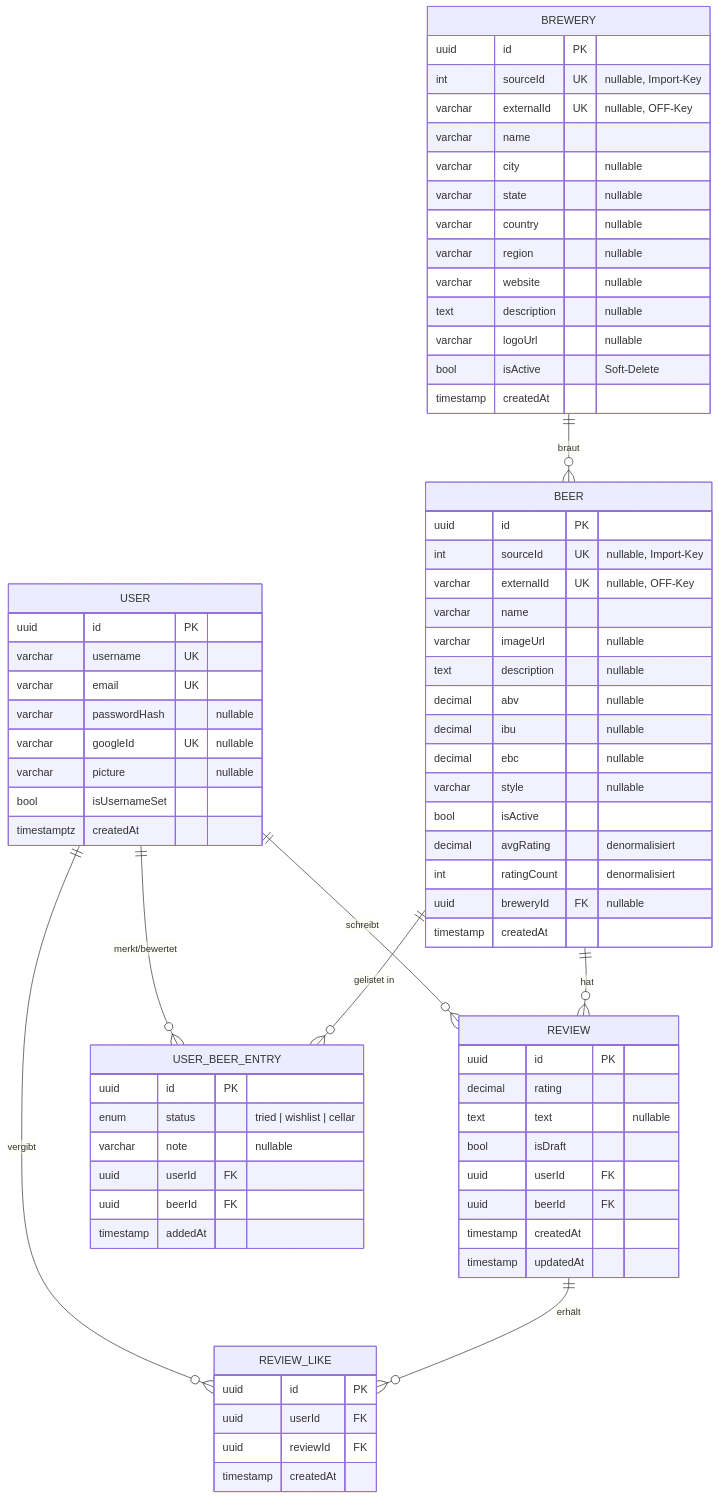
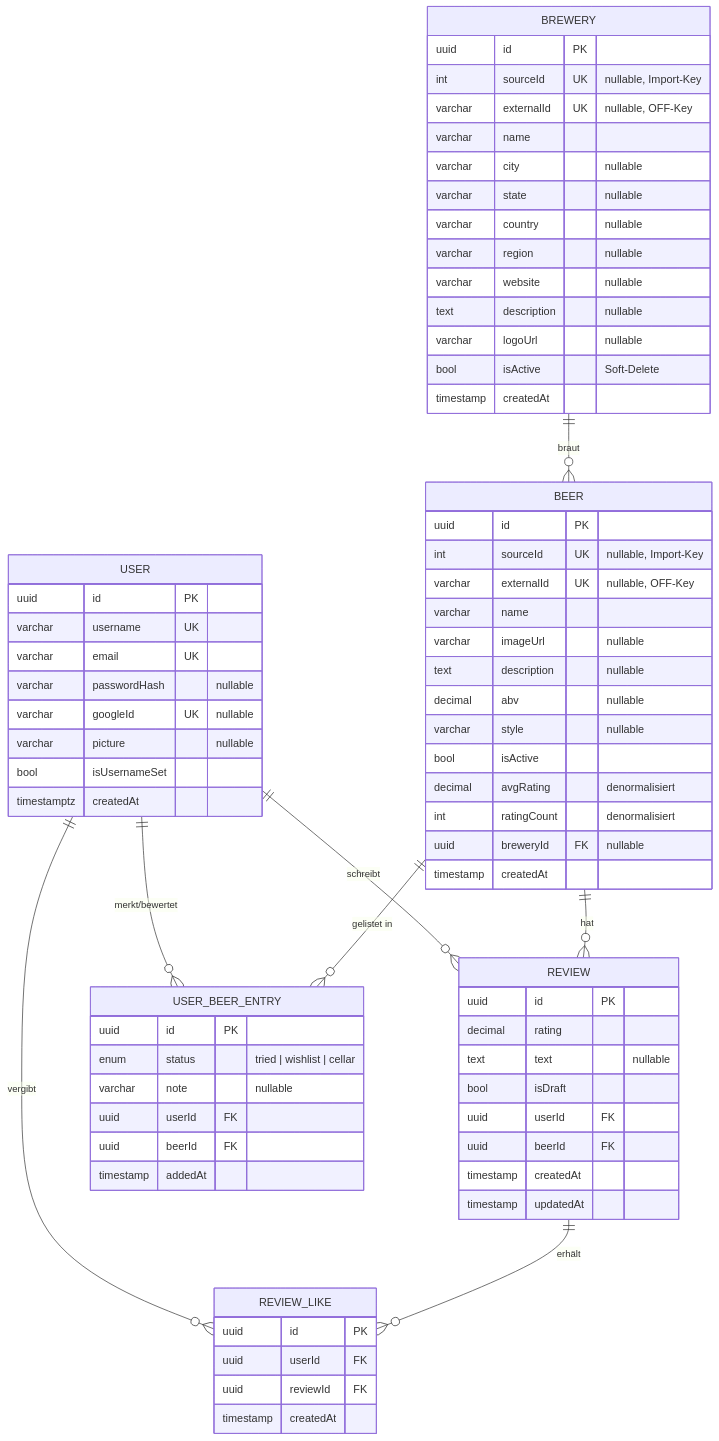
One commit to SpeziMan69/bierportal changed the diagram in docs/er-modell.md. Above: the diagram before and after it, drawn with Mermaid. The commit also changed 11 other files, not shown here.

````diff
--- a/docs/er-modell.md
+++ b/docs/er-modell.md
@@ -8,82 +8,80 @@
 ```mermaid
 erDiagram
     USER ||--o{ REVIEW : "schreibt"
     USER ||--o{ REVIEW_LIKE : "vergibt"
     USER ||--o{ USER_BEER_ENTRY : "merkt/bewertet"
     BREWERY ||--o{ BEER : "braut"
     BEER ||--o{ REVIEW : "hat"
     BEER ||--o{ USER_BEER_ENTRY : "gelistet in"
     REVIEW ||--o{ REVIEW_LIKE : "erhält"
 
     USER {
         uuid id PK
         varchar username UK
         varchar email UK
         varchar passwordHash "nullable"
         varchar googleId UK "nullable"
         varchar picture "nullable"
         bool isUsernameSet
         timestamptz createdAt
     }
 
     BREWERY {
         uuid id PK
         int sourceId UK "nullable, Import-Key"
         varchar externalId UK "nullable, OFF-Key"
         varchar name
         varchar city "nullable"
         varchar state "nullable"
         varchar country "nullable"
         varchar region "nullable"
         varchar website "nullable"
         text description "nullable"
         varchar logoUrl "nullable"
         bool isActive "Soft-Delete"
         timestamp createdAt
     }
 
     BEER {
         uuid id PK
         int sourceId UK "nullable, Import-Key"
         varchar externalId UK "nullable, OFF-Key"
         varchar name
         varchar imageUrl "nullable"
         text description "nullable"
         decimal abv "nullable"
-        decimal ibu "nullable"
-        decimal ebc "nullable"
         varchar style "nullable"
         bool isActive
         decimal avgRating "denormalisiert"
         int ratingCount "denormalisiert"
         uuid breweryId FK "nullable"
         timestamp createdAt
     }
 
     REVIEW {
         uuid id PK
         decimal rating
         text text "nullable"
         bool isDraft
         uuid userId FK
         uuid beerId FK
         timestamp createdAt
         timestamp updatedAt
     }
 
     REVIEW_LIKE {
         uuid id PK
         uuid userId FK
         uuid reviewId FK
         timestamp createdAt
     }
 
     USER_BEER_ENTRY {
         uuid id PK
         enum status "tried | wishlist | cellar"
         varchar note "nullable"
         uuid userId FK
         uuid beerId FK
         timestamp addedAt
     }
 ```
````
